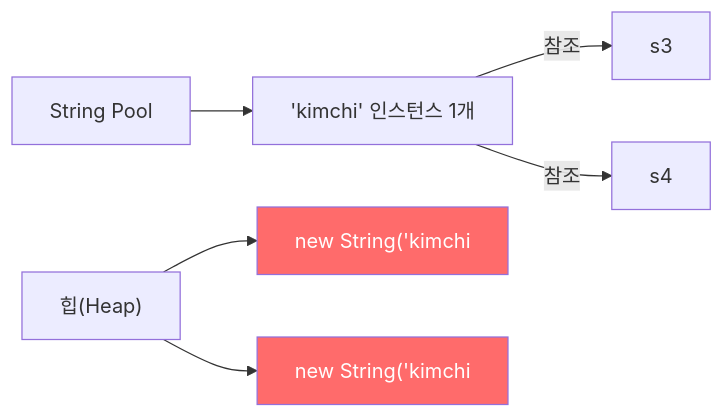
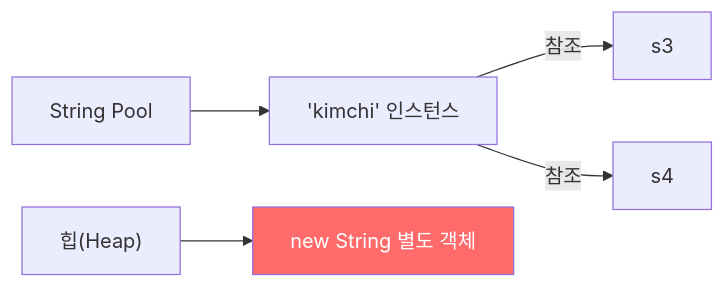
Before and after one commit to yjkim2015/yjkim2015.github.io: the first of 3 diagrams in _posts/java/2021-12-19-effective-java6.md, drawn with Mermaid. The commit also changed other lines of this file and 245 other files, not shown here.

First line of the commit message:
Mermaid 다이어그램 전면 수정 + 면접 포인트 접기/펼치기 + DB 데드락 페이지

````diff
--- a/_posts/java/2021-12-19-effective-java6.md
+++ b/_posts/java/2021-12-19-effective-java6.md
@@ -32,10 +32,8 @@
 ```mermaid
 graph LR
-    A["String Pool"] --> B["'kimchi' 인스턴스 1개"]
+    A["String Pool"] --> B["'kimchi' 인스턴스"]
     B -->|"참조"| C["s3"]
     B -->|"참조"| D["s4"]
-    E["힙(Heap)"] --> F["new String('kimchi"]
-    E --> G["new String('kimchi"]
+    E["힙(Heap)"] --> F["new String 별도 객체"]
     style F fill:#ff6b6b,color:#fff
-    style G fill:#ff6b6b,color:#fff
 ```
````
